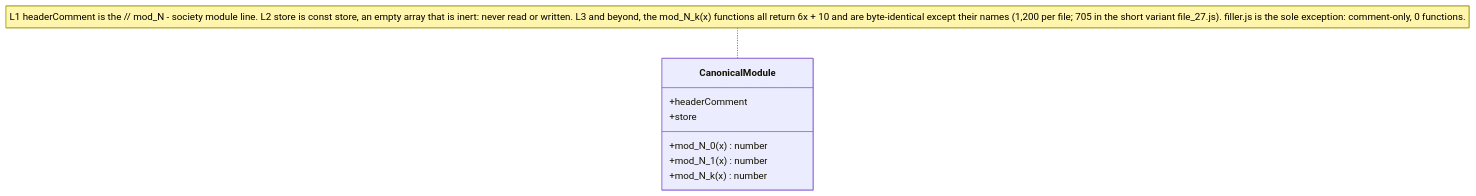
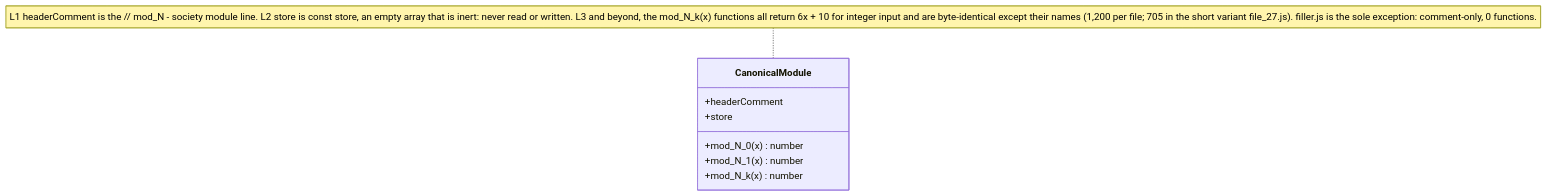
One commit to ajitblitzy/Society_Mngt_26-Jun-2026-Afternoon changed the diagram in docs/architecture/module-pattern.md. Above: the diagram before and after it, drawn with Mermaid. The commit also changed other lines of this file and 3 other files, not shown here.

First line of the commit message:
docs: address Checkpoint 2 review findings (architecture & onboarding)

````diff
--- a/docs/architecture/module-pattern.md
+++ b/docs/architecture/module-pattern.md
@@ -35,11 +35,11 @@
 ```mermaid
 classDiagram
     class CanonicalModule {
         +headerComment
         +store
         +mod_N_0(x) number
         +mod_N_1(x) number
         +mod_N_k(x) number
     }
-    note for CanonicalModule "L1 headerComment is the // mod_N - society module line. L2 store is const store, an empty array that is inert: never read or written. L3 and beyond, the mod_N_k(x) functions all return 6x + 10 and are byte-identical except their names (1,200 per file; 705 in the short variant file_27.js). filler.js is the sole exception: comment-only, 0 functions."
+    note for CanonicalModule "L1 headerComment is the // mod_N - society module line. L2 store is const store, an empty array that is inert: never read or written. L3 and beyond, the mod_N_k(x) functions all return 6x + 10 for integer input and are byte-identical except their names (1,200 per file; 705 in the short variant file_27.js). filler.js is the sole exception: comment-only, 0 functions."
 ```
````
